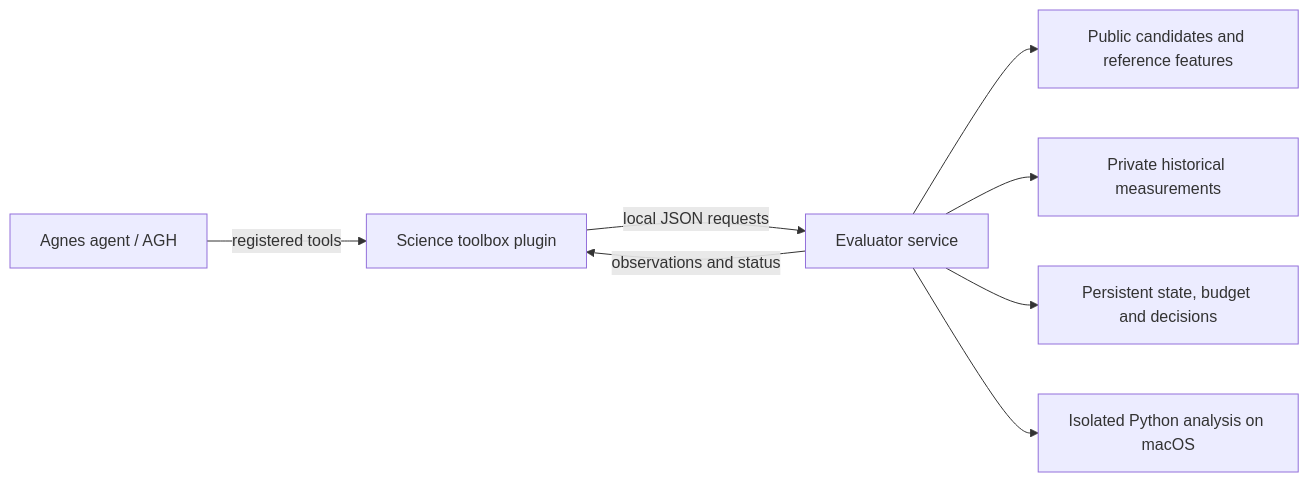
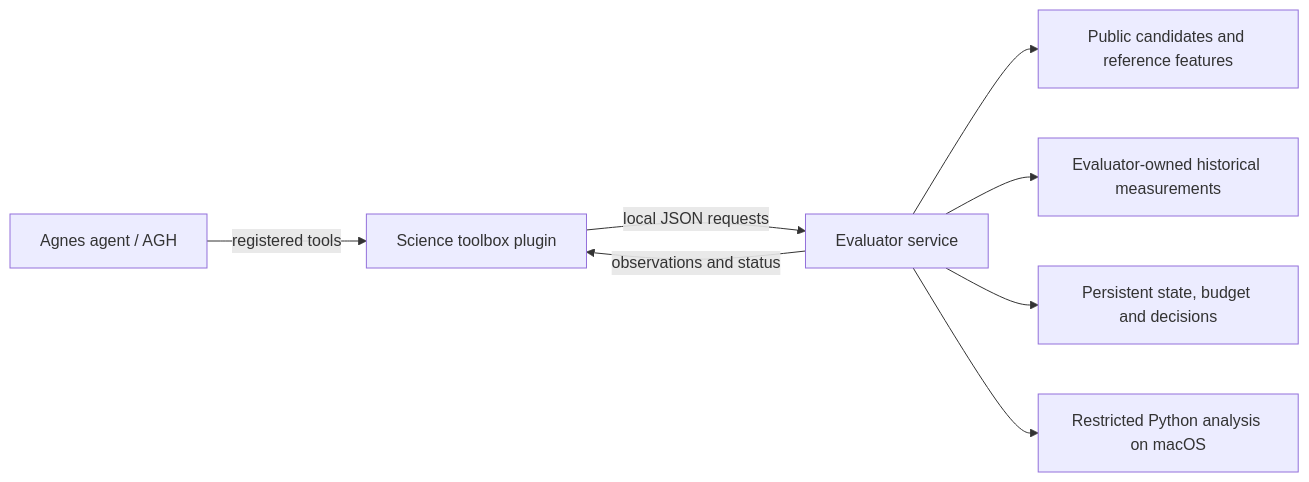
Before and after one commit to Yongji0427/protein-rescue-lab: the diagram in README.md, drawn with Mermaid. The commit also changed other lines of this file and 2 other files, not shown here.

````diff
--- a/README.md
+++ b/README.md
@@ -19,10 +40,10 @@
 ```mermaid
 flowchart LR
     A[Agnes agent / AGH] -->|registered tools| B[Science toolbox plugin]
     B -->|local JSON requests| C[Evaluator service]
     C --> D[Public candidates and reference features]
-    C --> E[Private historical measurements]
+    C --> E[Evaluator-owned historical measurements]
     C --> F[Persistent state, budget and decisions]
     C -->|observations and status| B
-    C --> G[Isolated Python analysis on macOS]
+    C --> G[Restricted Python analysis on macOS]
 ```
````
